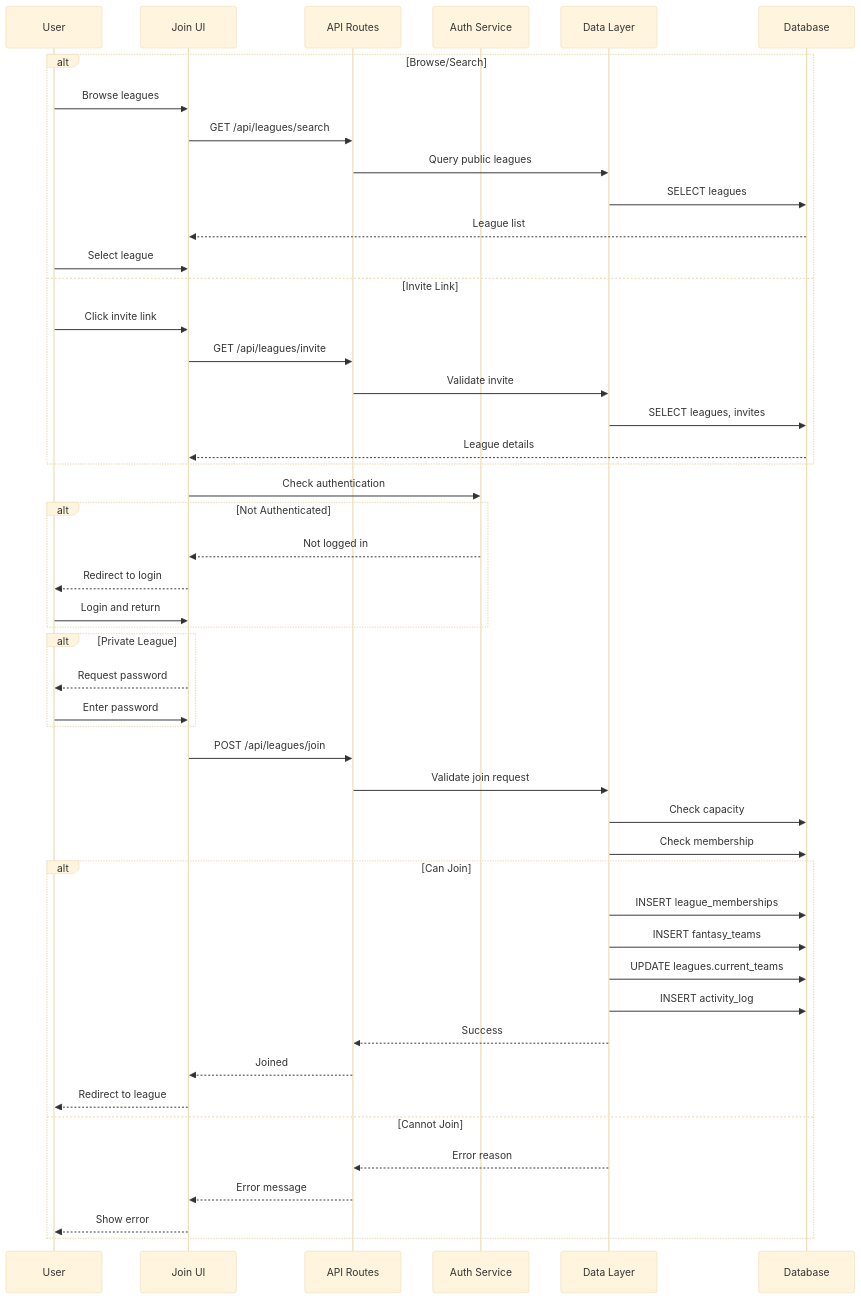
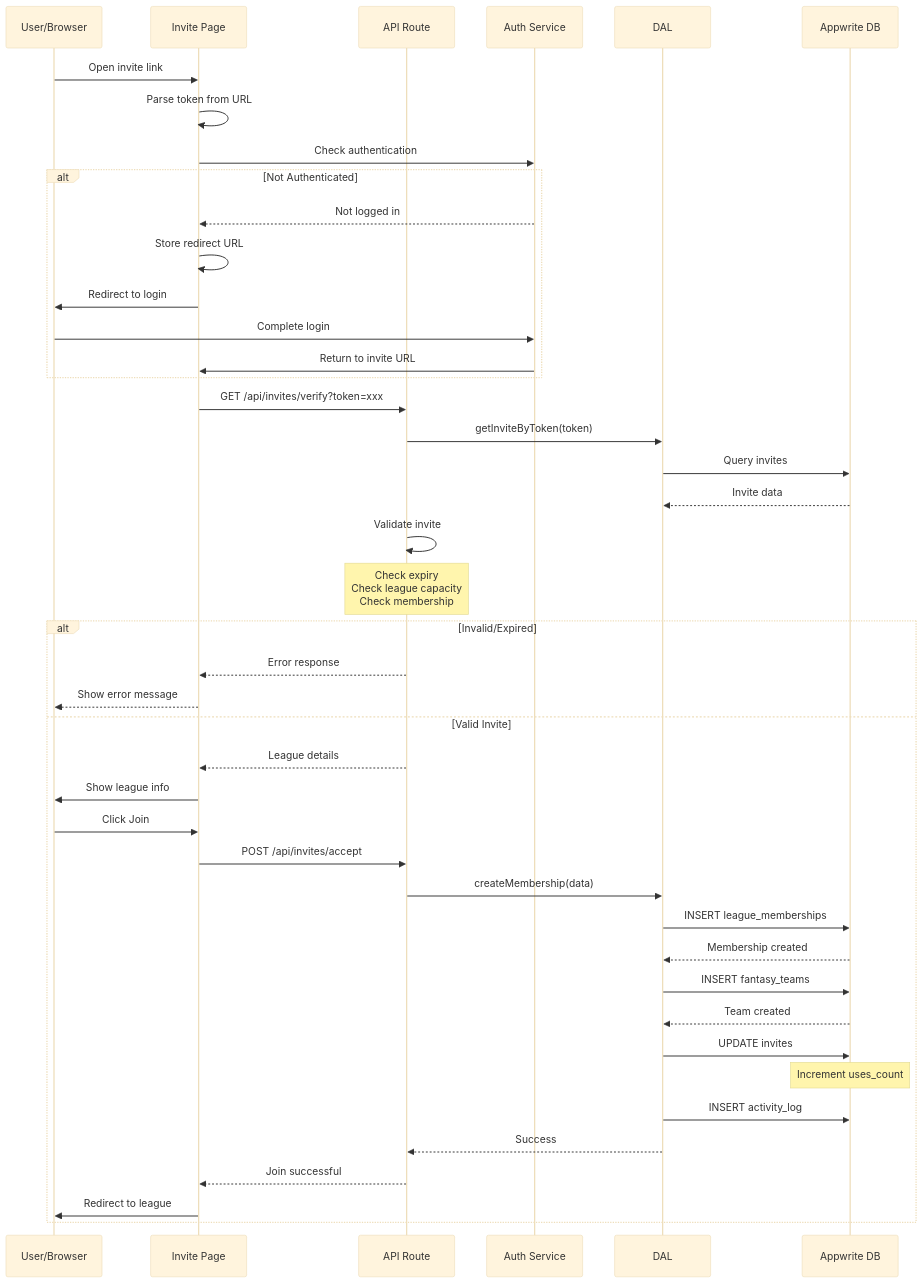
The second of 2 diagrams in docs/diagrams/functional-architecture/join-league.md (kpm34/college-football-fantasy-app), drawn with Mermaid (base theme) before and after one commit. The commit also changed other lines of this file and 3 other files, not shown here.

````diff
--- a/docs/diagrams/functional-architecture/join-league.md
+++ b/docs/diagrams/functional-architecture/join-league.md
@@ -85,57 +54,57 @@
 ```mermaid
 sequenceDiagram
-  participant U as User
-  participant UI as Join UI
-  participant API as API Routes
-  participant Auth as Auth Service
-  participant DAL as Data Layer
-  participant DB as Database
-  
-  alt Browse/Search
-    U->>UI: Browse leagues
-    UI->>API: GET /api/leagues/search
-    API->>DAL: Query public leagues
-    DAL->>DB: SELECT leagues
-    DB-->>UI: League list
-    U->>UI: Select league
-  else Invite Link
-    U->>UI: Click invite link
-    UI->>API: GET /api/leagues/invite
-    API->>DAL: Validate invite
-    DAL->>DB: SELECT leagues, invites
-    DB-->>UI: League details
-  end
-  
-  UI->>Auth: Check authentication
-  
-  alt Not Authenticated
-    Auth-->>UI: Not logged in
-    UI-->>U: Redirect to login
-    U->>UI: Login and return
-  end
-  
-  alt Private League
-    UI-->>U: Request password
-    U->>UI: Enter password
-  end
-  
-  UI->>API: POST /api/leagues/join
-  API->>DAL: Validate join request
-  
-  DAL->>DB: Check capacity
-  DAL->>DB: Check membership
-  
-  alt Can Join
-    DAL->>DB: INSERT league_memberships
-    DAL->>DB: INSERT fantasy_teams
-    DAL->>DB: UPDATE leagues.current_teams
-    DAL->>DB: INSERT activity_log
-    DAL-->>API: Success
-    API-->>UI: Joined
-    UI-->>U: Redirect to league
-  else Cannot Join
-    DAL-->>API: Error reason
-    API-->>UI: Error message
-    UI-->>U: Show error
-  end
+    participant U as User/Browser
+    participant C as Invite Page
+    participant A as API Route
+    participant Auth as Auth Service
+    participant D as DAL
+    participant DB as Appwrite DB
+    
+    U->>C: Open invite link
+    C->>C: Parse token from URL
+    
+    C->>Auth: Check authentication
+    
+    alt Not Authenticated
+        Auth-->>C: Not logged in
+        C->>C: Store redirect URL
+        C->>U: Redirect to login
+        U->>Auth: Complete login
+        Auth->>C: Return to invite URL
+    end
+    
+    C->>A: GET /api/invites/verify?token=xxx
+    A->>D: getInviteByToken(token)
+    D->>DB: Query invites
+    DB-->>D: Invite data
+    
+    A->>A: Validate invite
+    Note over A: Check expiry<br/>Check league capacity<br/>Check membership
+    
+    alt Invalid/Expired
+        A-->>C: Error response
+        C-->>U: Show error message
+    else Valid Invite
+        A-->>C: League details
+        C->>U: Show league info
+        
+        U->>C: Click Join
+        C->>A: POST /api/invites/accept
+        
+        A->>D: createMembership(data)
+        D->>DB: INSERT league_memberships
+        DB-->>D: Membership created
+        
+        D->>DB: INSERT fantasy_teams
+        DB-->>D: Team created
+        
+        D->>DB: UPDATE invites
+        Note over DB: Increment uses_count
+        
+        D->>DB: INSERT activity_log
+        
+        D-->>A: Success
+        A-->>C: Join successful
+        C->>U: Redirect to league
+    end
 ```
````
